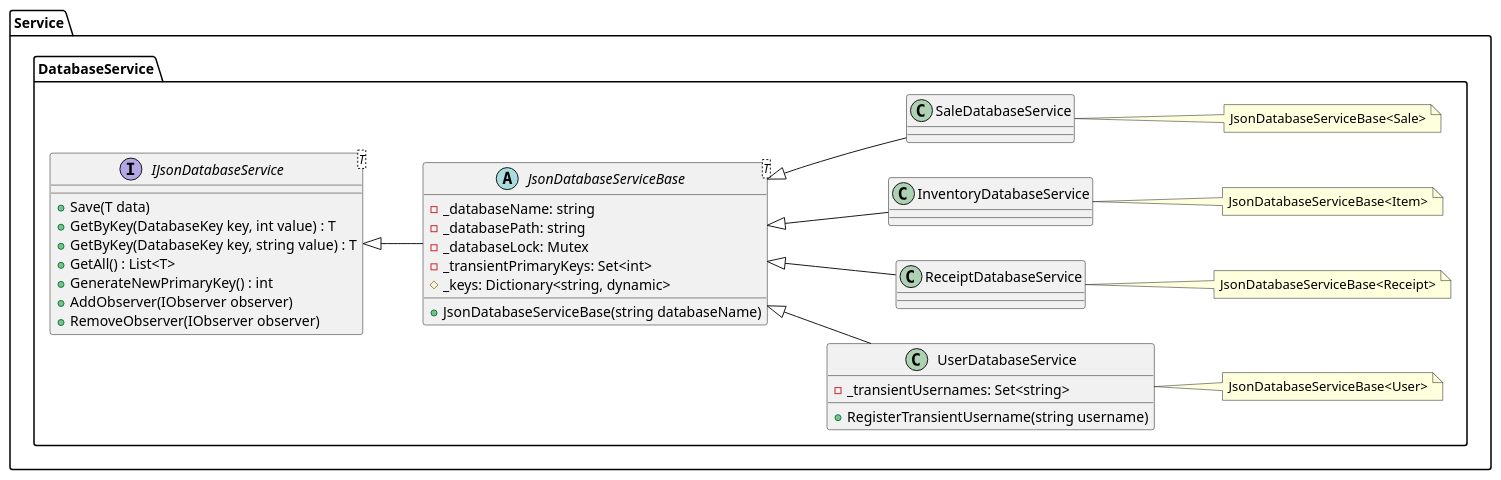
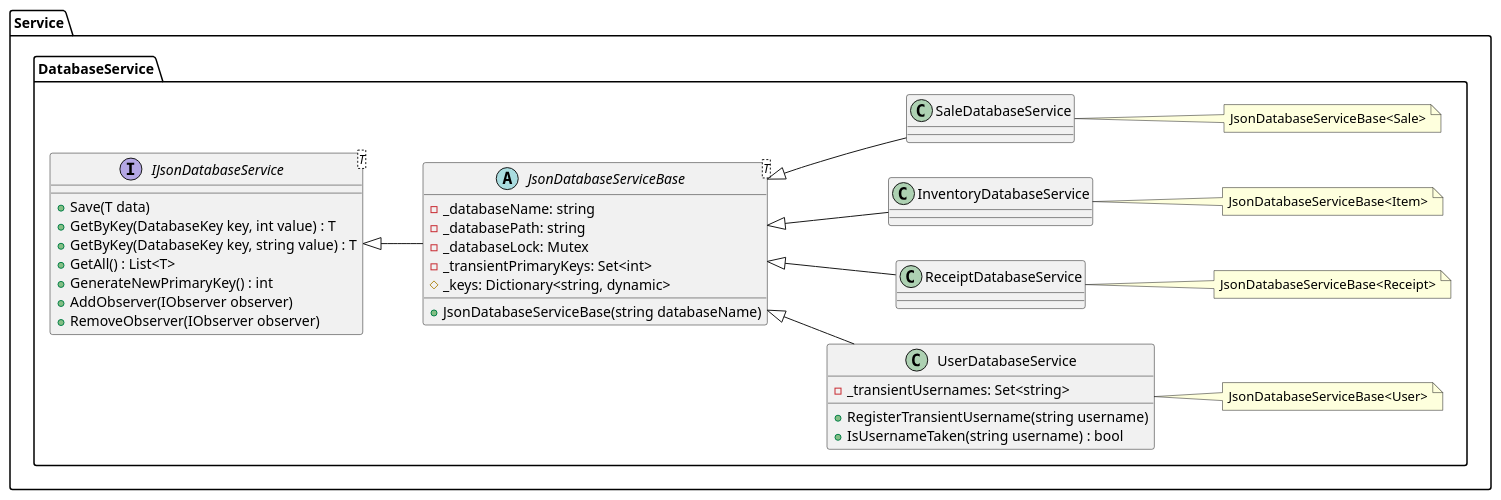
The diagram in docs/technical-design/class-diagram/service/database-service.puml (danieltebor/swe3313-course-project), drawn with PlantUML before and after one commit. The commit also changed 3 other files, not shown here.

Commit message:
Class diagram progress

```diff
--- a/docs/technical-design/class-diagram/service/database-service.puml
+++ b/docs/technical-design/class-diagram/service/database-service.puml
@@ -1,57 +1,58 @@
 @startuml database-service-class-diagram
+
+left to right direction
 
 namespace Service {
 namespace DatabaseService {
-
-left to right direction
 
 ' T should be a JSON serializable object.
 interface IJsonDatabaseService<T> {
     + Save(T data)
     + GetByKey(DatabaseKey key, int value) : T
     + GetByKey(DatabaseKey key, string value) : T
     + GetAll() : List<T>
     + GenerateNewPrimaryKey() : int
     + AddObserver(IObserver observer)
     + RemoveObserver(IObserver observer)
 }
 
 ' T should be a JSON serializable object.
 abstract JsonDatabaseServiceBase<T> {
     - _databaseName: string
     - _databasePath: string
     - _databaseLock: Mutex
     - _transientPrimaryKeys: Set<int>
     # _keys: Dictionary<string, dynamic> 
     + JsonDatabaseServiceBase(string databaseName)
 }
 
 JsonDatabaseServiceBase -up-|> IJsonDatabaseService
 
 class UserDatabaseService {
     - _transientUsernames: Set<string>
     + RegisterTransientUsername(string username)
+    + IsUsernameTaken(string username) : bool
 }
 
 UserDatabaseService -up-|> JsonDatabaseServiceBase
 note right of UserDatabaseService: JsonDatabaseServiceBase<User>
 
 class ReceiptDatabaseService {}
 
 ReceiptDatabaseService -up-|> JsonDatabaseServiceBase
 note right of ReceiptDatabaseService: JsonDatabaseServiceBase<Receipt>
 
 class InventoryDatabaseService {}
 
 InventoryDatabaseService -up-|> JsonDatabaseServiceBase
 note right of InventoryDatabaseService: JsonDatabaseServiceBase<Item>
 
 class SaleDatabaseService {}
 
 SaleDatabaseService -up-|> JsonDatabaseServiceBase
 note right of SaleDatabaseService: JsonDatabaseServiceBase<Sale>
 
 }
 }
 
 @enduml
```
